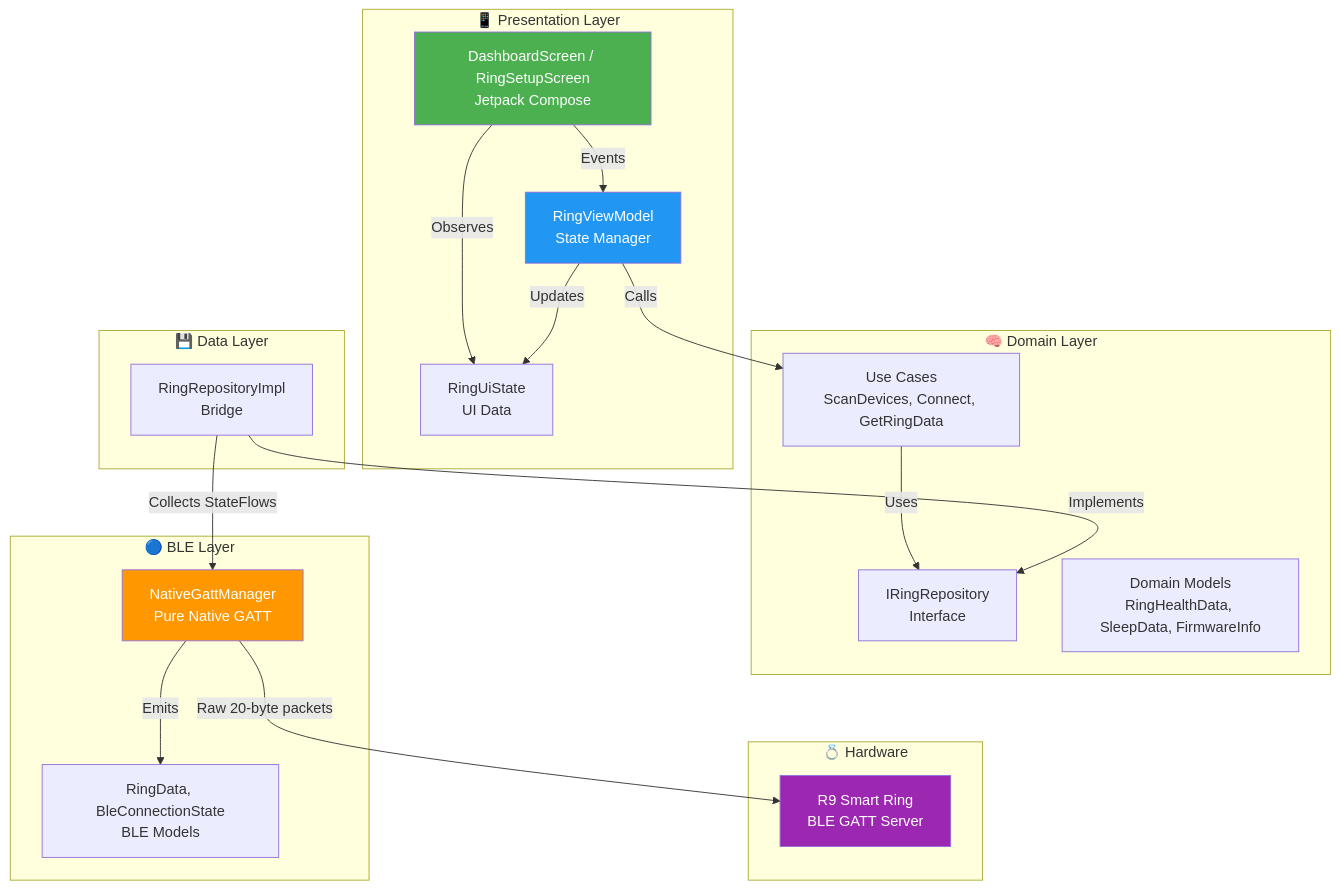
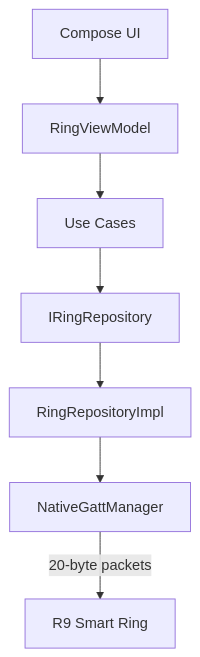
The first of 2 diagrams in README.md (soumya07ad/ble-ring-app), drawn with Mermaid before and after one commit. The commit also changed other lines of this file and 2 other files, not shown here.

````diff
--- a/README.md
+++ b/README.md
@@ -72,42 +65,9 @@
 ```mermaid
 graph TD
-    subgraph "📱 Presentation Layer"
-        UI["DashboardScreen / RingSetupScreen<br/>Jetpack Compose"]
-        VM["RingViewModel<br/>State Manager"]
-        STATE["RingUiState<br/>UI Data"]
-    end
-
-    subgraph "🧠 Domain Layer"
-        UC["Use Cases<br/>ScanDevices, Connect, GetRingData"]
-        REPO_INT["IRingRepository<br/>Interface"]
-        MODEL["Domain Models<br/>RingHealthData, SleepData, FirmwareInfo"]
-    end
-
-    subgraph "💾 Data Layer"
-        REPO["RingRepositoryImpl<br/>Bridge"]
-    end
-
-    subgraph "🔵 BLE Layer"
-        BLE["NativeGattManager<br/>Pure Native GATT"]
-        MODELS["RingData, BleConnectionState<br/>BLE Models"]
-    end
-
-    subgraph "💍 Hardware"
-        RING["R9 Smart Ring<br/>BLE GATT Server"]
-    end
-
-    UI -->|Observes| STATE
-    UI -->|Events| VM
-    VM -->|Updates| STATE
-    VM -->|Calls| UC
-    UC -->|Uses| REPO_INT
-    REPO -->|Implements| REPO_INT
-    REPO -->|Collects StateFlows| BLE
-    BLE -->|Raw 20-byte packets| RING
-    BLE -->|Emits| MODELS
-
-    style UI fill:#4CAF50,color:#fff
-    style VM fill:#2196F3,color:#fff
-    style BLE fill:#FF9800,color:#fff
-    style RING fill:#9C27B0,color:#fff
+    UI["Compose UI"] --> VM["RingViewModel"]
+    VM --> UC["Use Cases"]
+    UC --> REPO["IRingRepository"]
+    REPO --> IMPL["RingRepositoryImpl"]
+    IMPL --> BLE["NativeGattManager"]
+    BLE -->|20-byte packets| RING["R9 Smart Ring"]
 ```
````
